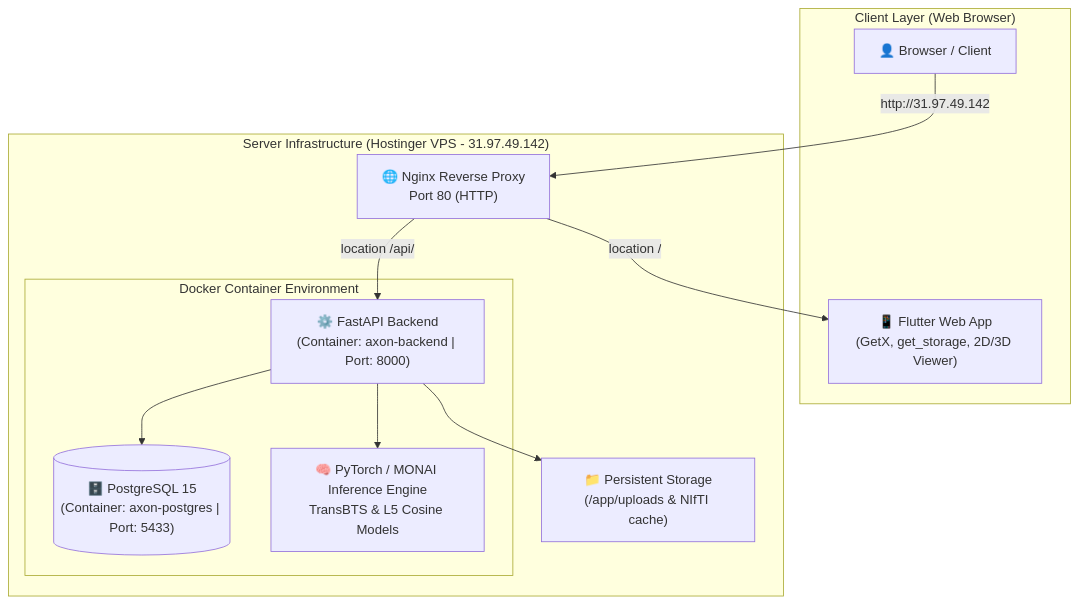
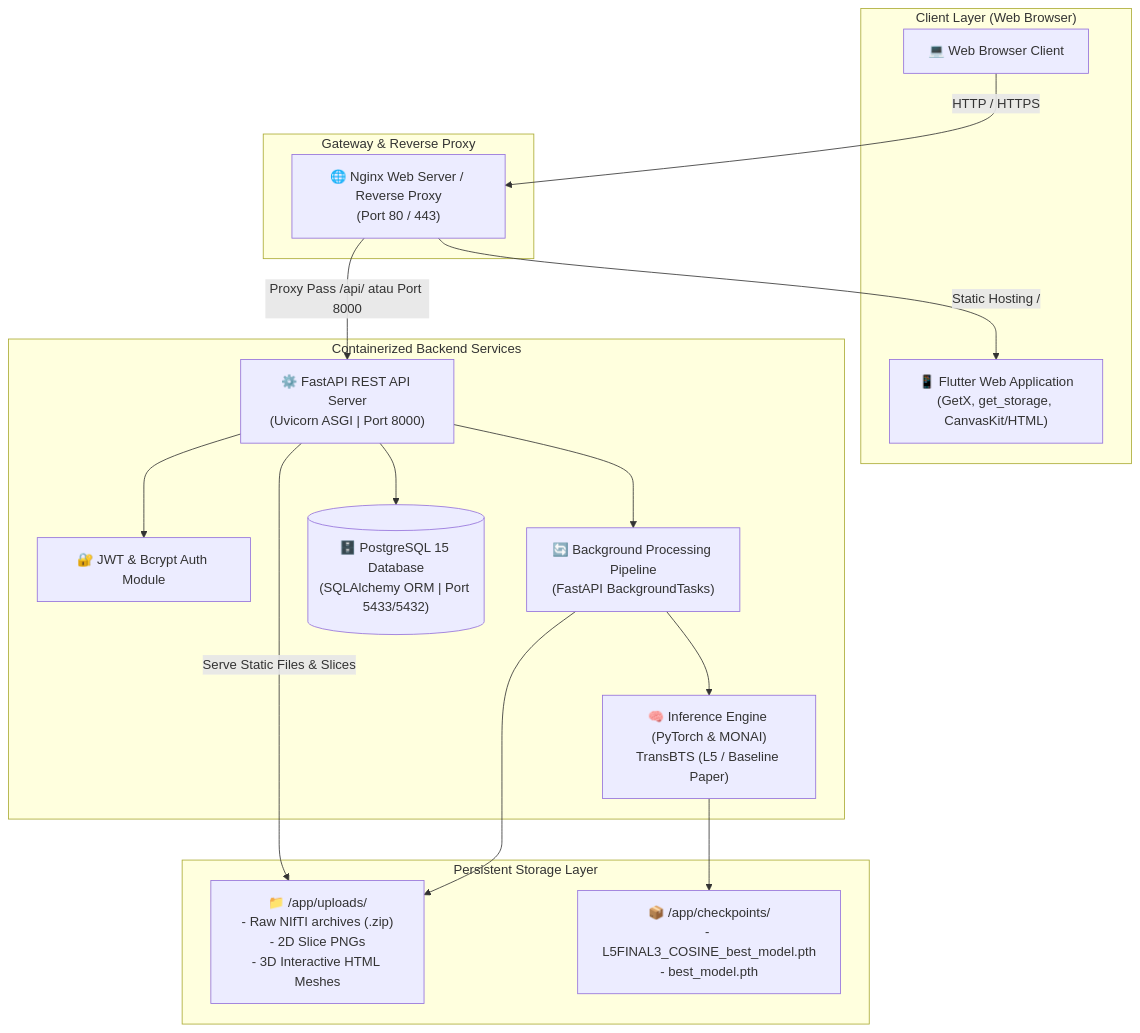
Before and after one commit to RifandyZUl/BrainScanAI: the diagram in README.md, drawn with Mermaid. The commit also changed other lines of this file, not shown here.

````diff
--- a/README.md
+++ b/README.md
@@ -27,26 +41,36 @@
 ```mermaid
 graph TB
     subgraph "Client Layer (Web Browser)"
-        USER["👤 Browser / Client"]
-        FLUTTER["📱 Flutter Web App<br/>(GetX, get_storage, 2D/3D Viewer)"]
+        CLIENT["💻 Web Browser Client"]
+        FLUTTER["📱 Flutter Web Application<br/>(GetX, get_storage, CanvasKit/HTML)"]
     end
 
-    subgraph "Server Infrastructure (Hostinger VPS - 31.97.49.142)"
-        NGINX["🌐 Nginx Reverse Proxy<br/>Port 80 (HTTP)"]
-        
-        subgraph "Docker Container Environment"
-            API["⚙️ FastAPI Backend<br/>(Container: axon-backend | Port: 8000)"]
-            DB[("🗄️ PostgreSQL 15<br/>(Container: axon-postgres | Port: 5433)")]
-            AI["🧠 PyTorch / MONAI Inference Engine<br/>TransBTS & L5 Cosine Models"]
-        end
-
-        STORAGE["📁 Persistent Storage<br/>(/app/uploads & NIfTI cache)"]
+    subgraph "Gateway & Reverse Proxy"
+        NGINX["🌐 Nginx Web Server / Reverse Proxy<br/>(Port 80 / 443)"]
     end
 
-    USER -->|"http://31.97.49.142"| NGINX
-    NGINX -->|"location /"| FLUTTER
-    NGINX -->|"location /api/"| API
+    subgraph "Containerized Backend Services"
+        API["⚙️ FastAPI REST API Server<br/>(Uvicorn ASGI | Port 8000)"]
+        AUTH["🔐 JWT & Bcrypt Auth Module"]
+        PIPELINE["🔄 Background Processing Pipeline<br/>(FastAPI BackgroundTasks)"]
+        AI_ENGINE["🧠 Inference Engine (PyTorch & MONAI)<br/>TransBTS (L5 / Baseline Paper)"]
+        DB[("🗄️ PostgreSQL 15 Database<br/>(SQLAlchemy ORM | Port 5433/5432)")]
+    end
+
+    subgraph "Persistent Storage Layer"
+        UPLOADS["📁 /app/uploads/<br/>- Raw NIfTI archives (.zip)<br/>- 2D Slice PNGs<br/>- 3D Interactive HTML Meshes"]
+        CHECKPOINTS["📦 /app/checkpoints/<br/>- L5FINAL3_COSINE_best_model.pth<br/>- best_model.pth"]
+    end
+
+    CLIENT -->|"HTTP / HTTPS"| NGINX
+    NGINX -->|"Static Hosting /"| FLUTTER
+    NGINX -->|"Proxy Pass /api/ atau Port 8000"| API
+    
+    API --> AUTH
     API --> DB
-    API --> AI
-    API --> STORAGE
+    API --> PIPELINE
+    PIPELINE --> AI_ENGINE
+    AI_ENGINE --> CHECKPOINTS
+    PIPELINE --> UPLOADS
+    API -->|"Serve Static Files & Slices"| UPLOADS
 ```
````
